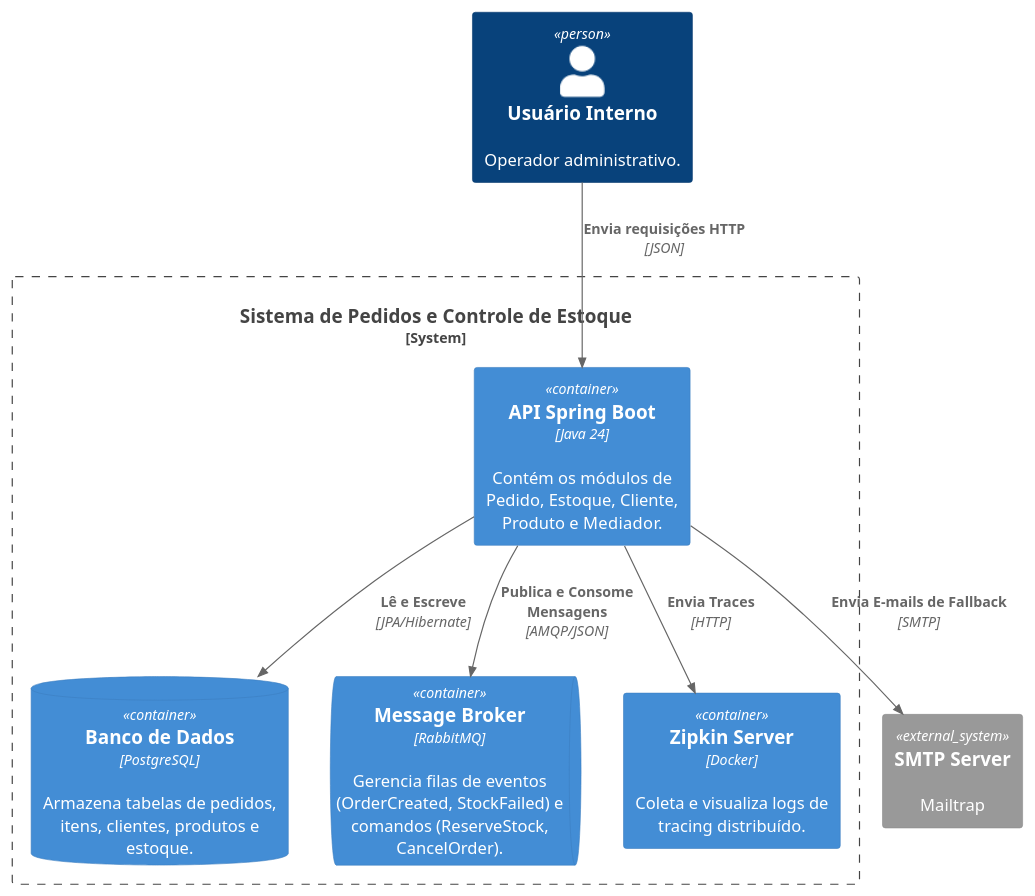
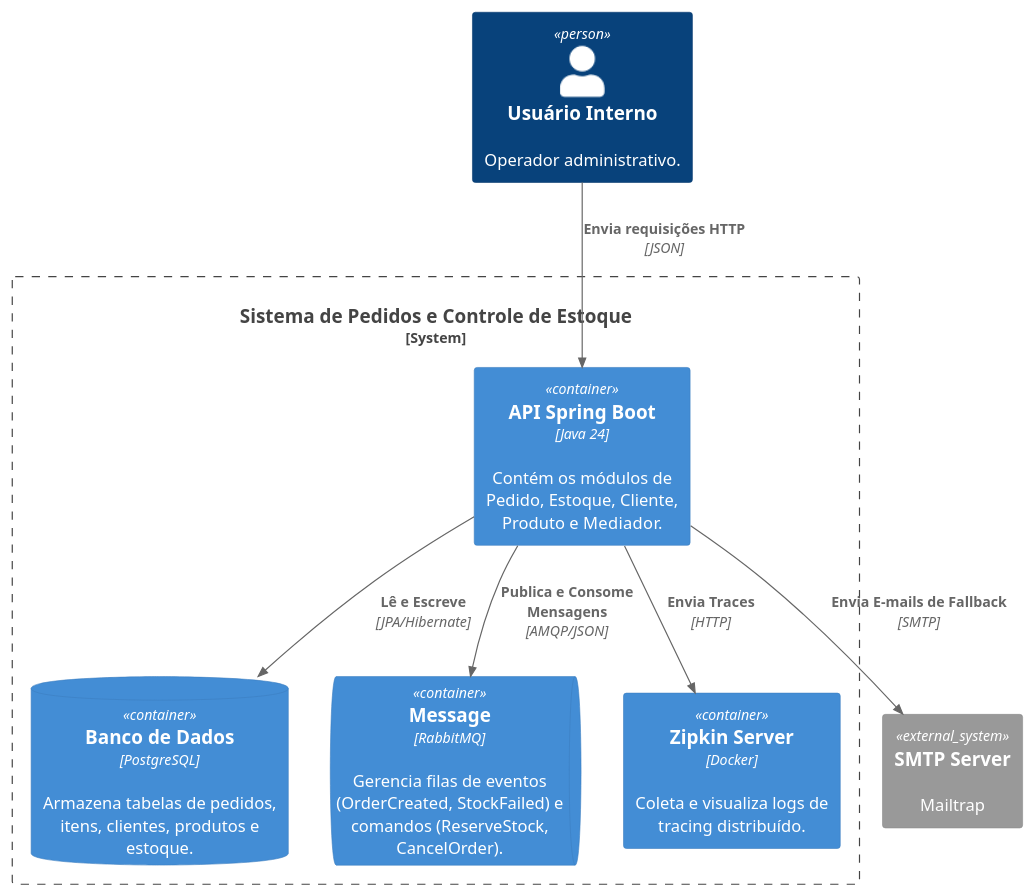
Before and after one commit to TiagoCatoia/event-mediator-stock-order-system: the diagram in docs/architecture/c4/c2-containers.puml, drawn with PlantUML. The commit also changed 3 other files, not shown here.

```diff
--- a/docs/architecture/c4/c2-containers.puml
+++ b/docs/architecture/c4/c2-containers.puml
@@ -1,27 +1,27 @@
 @startuml
 !includeurl https://raw.githubusercontent.com/plantuml-stdlib/C4-PlantUML/master/C4_Container.puml
 
 Person(usuario, "Usuário Interno", "Operador administrativo.")
 
 System_Boundary(c1, "Sistema de Pedidos e Controle de Estoque") {
 
     Container(api, "API Spring Boot", "Java 24", "Contém os módulos de Pedido, Estoque, Cliente, Produto e Mediador.")
 
     ContainerDb(db, "Banco de Dados", "PostgreSQL", "Armazena tabelas de pedidos, itens, clientes, produtos e estoque.")
 
-    ContainerQueue(rabbitmq, "Message Broker", "RabbitMQ", "Gerencia filas de eventos (OrderCreated, StockFailed) e comandos (ReserveStock, CancelOrder).")
+    ContainerQueue(rabbitmq, "Message", "RabbitMQ", "Gerencia filas de eventos (OrderCreated, StockFailed) e comandos (ReserveStock, CancelOrder).")
 
     Container(zipkin, "Zipkin Server", "Docker", "Coleta e visualiza logs de tracing distribuído.")
 }
 
 System_Ext(email, "SMTP Server", "Mailtrap")
 
 Rel(usuario, api, "Envia requisições HTTP", "JSON")
 
 ' Relações da API
 Rel(api, db, "Lê e Escreve", "JPA/Hibernate")
 Rel(api, rabbitmq, "Publica e Consome Mensagens", "AMQP/JSON")
 Rel(api, zipkin, "Envia Traces", "HTTP")
 Rel(api, email, "Envia E-mails de Fallback", "SMTP")
 
 @enduml
```
